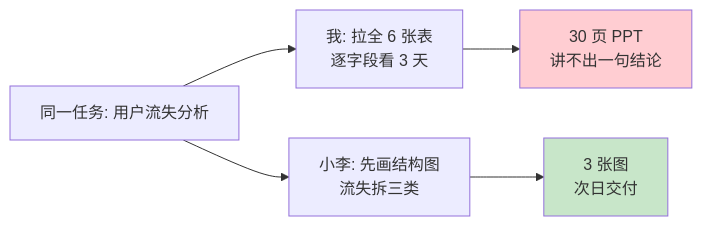
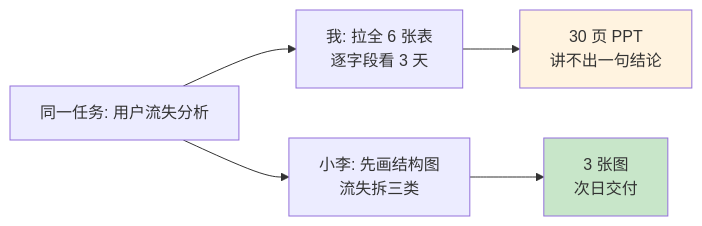
One commit to chongyang211/YCBookBlog changed the first of 9 diagrams in packages/website/11.书籍/06.自我精进·立言/14.思考能力的提升.md. Above: the diagram before and after it, drawn with Mermaid. The commit also changed other lines of this file, not shown here.

````diff
--- a/packages/website/11.书籍/06.自我精进·立言/14.思考能力的提升.md
+++ b/packages/website/11.书籍/06.自我精进·立言/14.思考能力的提升.md
@@ -43,9 +45,9 @@
 ```mermaid
 flowchart LR
     A[同一任务: 用户流失分析] --> B[我: 拉全 6 张表<br/>逐字段看 3 天]
     A --> C[小李: 先画结构图<br/>流失拆三类]
     B --> D[30 页 PPT<br/>讲不出一句结论]
     C --> E[3 张图<br/>次日交付]
-    style D fill:#ffcdd2
+    style D fill:#fff3e0
     style E fill:#c8e6c9
 ```
````
